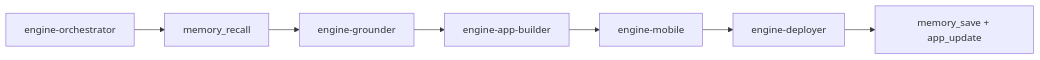
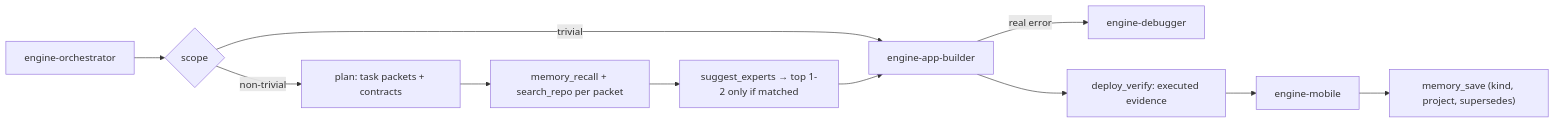
Before and after one commit to MoblyJ/engine-ai: the second of 5 diagrams in README.md, drawn with Mermaid. The commit also changed other lines of this file, not shown here.

First line of the commit message:
docs: README updated for v0.17 — multi-agent runtime, keys.csv flow, npm install

````diff
--- a/README.md
+++ b/README.md
@@ -235,9 +257,13 @@
 ```mermaid
 flowchart LR
-  O[engine-orchestrator] --> M0[memory_recall]
-  M0 --> G[engine-grounder]
-  G --> B[engine-app-builder]
-  B --> Mo[engine-mobile]
-  Mo --> D[engine-deployer]
-  D --> M1[memory_save + app_update]
+  O[engine-orchestrator] --> S{scope}
+  S -->|trivial| B[engine-app-builder]
+  S -->|non-trivial| P[plan: task packets + contracts]
+  P --> G[memory_recall + search_repo per packet]
+  G --> X[suggest_experts → top 1-2 only if matched]
+  X --> B
+  B -->|real error| DBG[engine-debugger]
+  B --> V[deploy_verify: executed evidence]
+  V --> Mo[engine-mobile]
+  Mo --> M1["memory_save (kind, project, supersedes)"]
 ```
````
